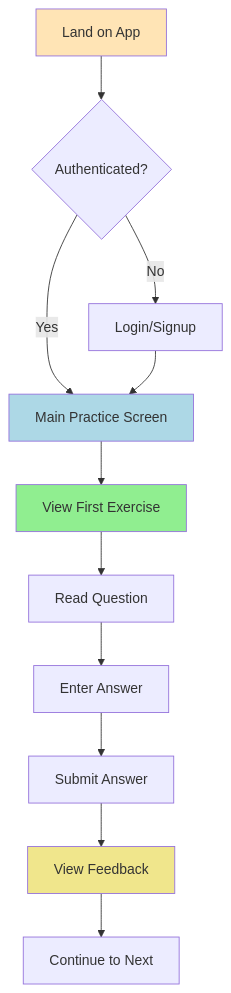
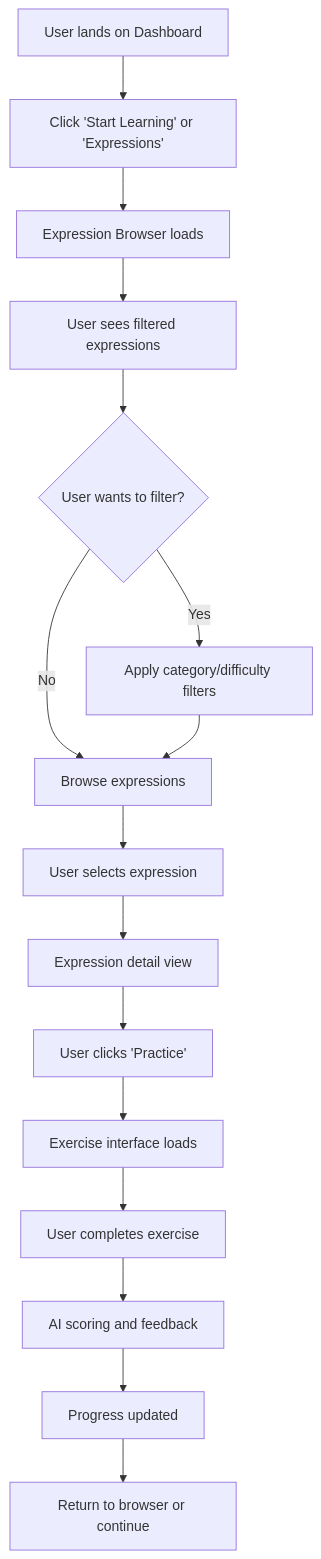
One commit to santistebanc/phraser changed the second of 4 diagrams in docs/front-end-spec.md. Above: the diagram before and after it, drawn with Mermaid. The commit also changed other lines of this file and 9 other files, not shown here.

````diff
--- a/docs/front-end-spec.md
+++ b/docs/front-end-spec.md
@@ -100,18 +89,18 @@
 ```mermaid
 graph TD
-    A[Land on App] --> B{Authenticated?}
-    B -->|No| C[Login/Signup]
-    B -->|Yes| D[Main Practice Screen]
-    C --> D
-    D --> E[View First Exercise]
-    E --> F[Read Question]
-    F --> G[Enter Answer]
-    G --> H[Submit Answer]
-    H --> I[View Feedback]
-    I --> J[Continue to Next]
-    
-    style A fill:#FFE4B5
-    style D fill:#ADD8E6
-    style E fill:#90EE90
-    style I fill:#F0E68C
+    A[User lands on Dashboard] --> B[Click 'Start Learning' or 'Expressions']
+    B --> C[Expression Browser loads]
+    C --> D[User sees filtered expressions]
+    D --> E{User wants to filter?}
+    E -->|Yes| F[Apply category/difficulty filters]
+    E -->|No| G[Browse expressions]
+    F --> G
+    G --> H[User selects expression]
+    H --> I[Expression detail view]
+    I --> J[User clicks 'Practice']
+    J --> K[Exercise interface loads]
+    K --> L[User completes exercise]
+    L --> M[AI scoring and feedback]
+    M --> N[Progress updated]
+    N --> O[Return to browser or continue]
 ```
````
